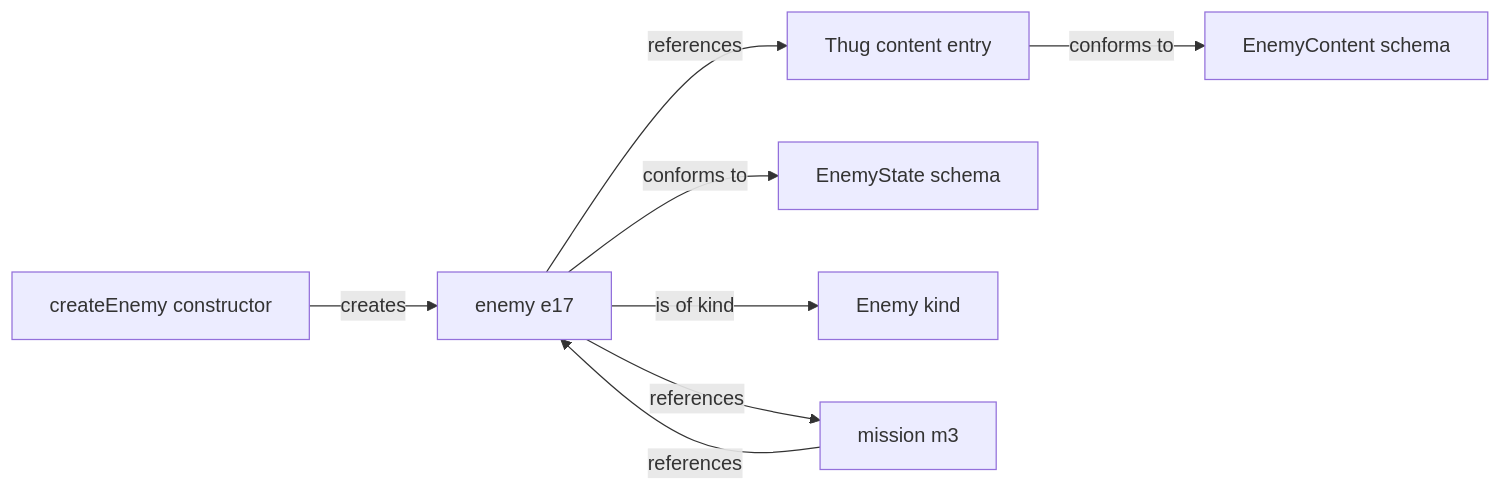
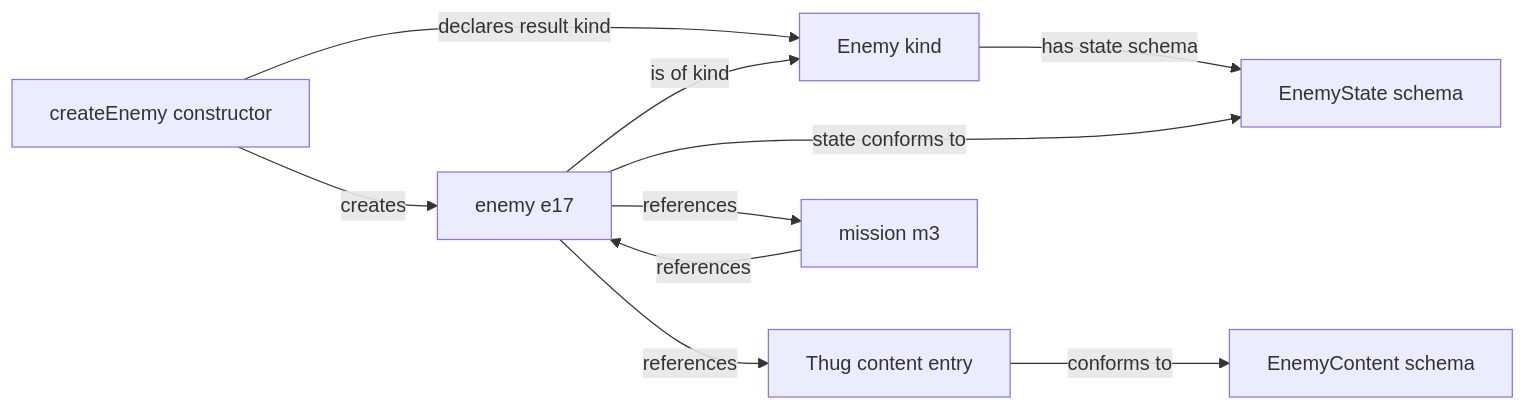
Before and after one commit to konrad-jamrozik/game-v5: the diagram in docs/specs/foundation/modeling-foundations.md, drawn with Mermaid. The commit also changed other lines of this file and 4 other files, not shown here.

Commit message:
Clarify campaign instance identity and schema boundaries

````diff
--- a/docs/specs/foundation/modeling-foundations.md
+++ b/docs/specs/foundation/modeling-foundations.md
@@ -169,18 +196,20 @@
 ```mermaid
 flowchart LR
     EnemyContent[EnemyContent schema]
     Thug[Thug content entry]
     EnemyState[EnemyState schema]
     EnemyKind[Enemy kind]
     Constructor[createEnemy constructor]
     M3[mission m3]
     E17[enemy e17]
 
     Thug -->|conforms to| EnemyContent
-    E17 -->|conforms to| EnemyState
+    EnemyKind -->|has state schema| EnemyState
+    Constructor -->|declares result kind| EnemyKind
+    E17 -->|state conforms to| EnemyState
     Constructor -->|creates| E17
     E17 -->|is of kind| EnemyKind
     E17 -->|references| Thug
     E17 -->|references| M3
     M3 -->|references| E17
 ```
````
